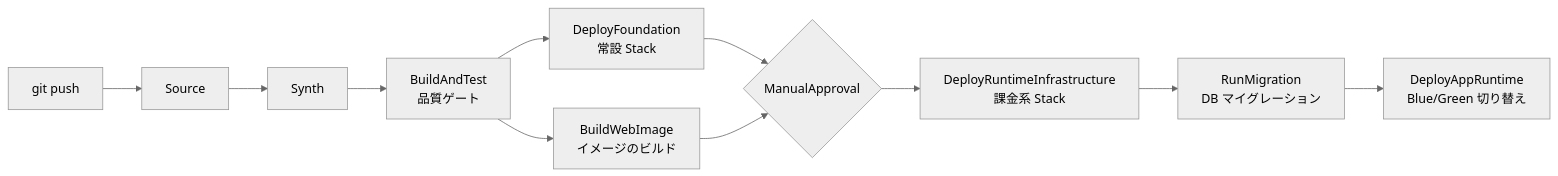
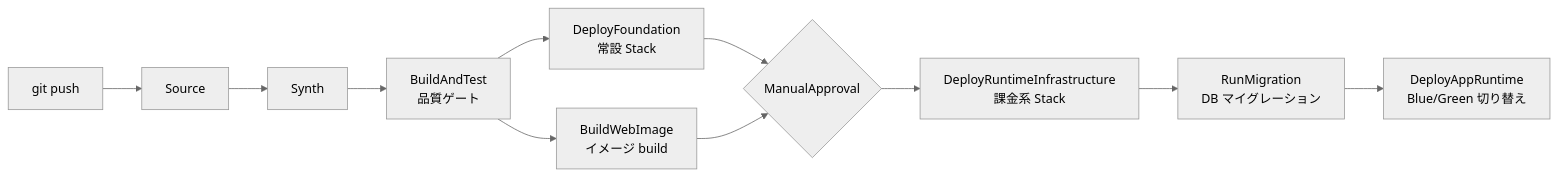
The first of 6 diagrams in articles/aws-cdk-pipelines-cicd.md (kyiwanami/zenn-docs), drawn with Mermaid (neutral theme) before and after one commit. The commit also changed other lines of this file and 1 other file, not shown here.

````diff
--- a/articles/aws-cdk-pipelines-cicd.md
+++ b/articles/aws-cdk-pipelines-cicd.md
@@ -46,13 +97,13 @@
 ```mermaid
 flowchart LR
     A[git push] --> B[Source]
     B --> C[Synth]
     C --> D[BuildAndTest<br>品質ゲート]
     D --> E[DeployFoundation<br>常設 Stack]
-    D --> F[BuildWebImage<br>イメージのビルド]
+    D --> F[BuildWebImage<br>イメージ build]
     E --> G{ManualApproval}
     F --> G
     G --> H[DeployRuntimeInfrastructure<br>課金系 Stack]
     H --> I[RunMigration<br>DB マイグレーション]
     I --> J[DeployAppRuntime<br>Blue/Green 切り替え]
 ```
````
